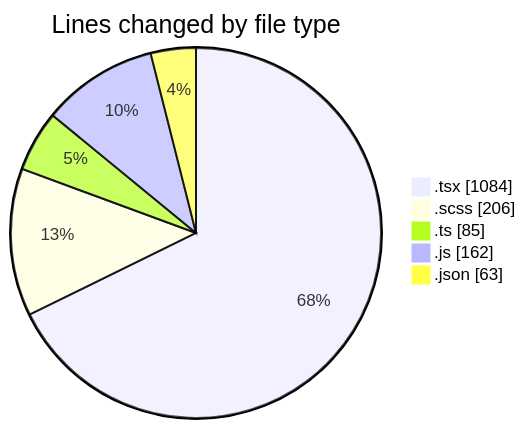
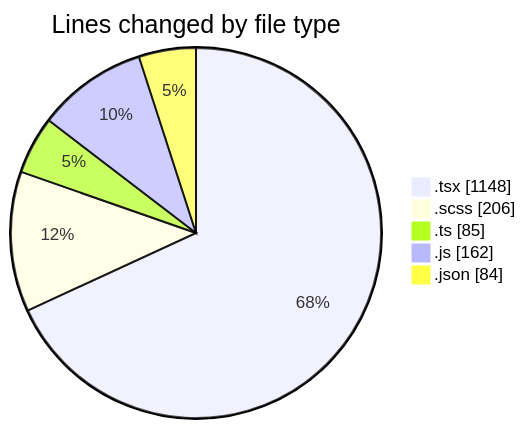
Before and after one commit to momahboobian/code-tracking: the first of 2 diagrams in 2026-04-23/cda/README.md, drawn with Mermaid. The commit also changed other lines of this file and 1 other file, not shown here.

````diff
--- a/2026-04-23/cda/README.md
+++ b/2026-04-23/cda/README.md
@@ -32,9 +35,9 @@
 ```mermaid
 pie showData
 title Lines changed by file type
-".tsx" : 1084
+".tsx" : 1148
 ".scss" : 206
 ".ts" : 85
 ".js" : 162
-".json" : 63
+".json" : 84
 ```
````
